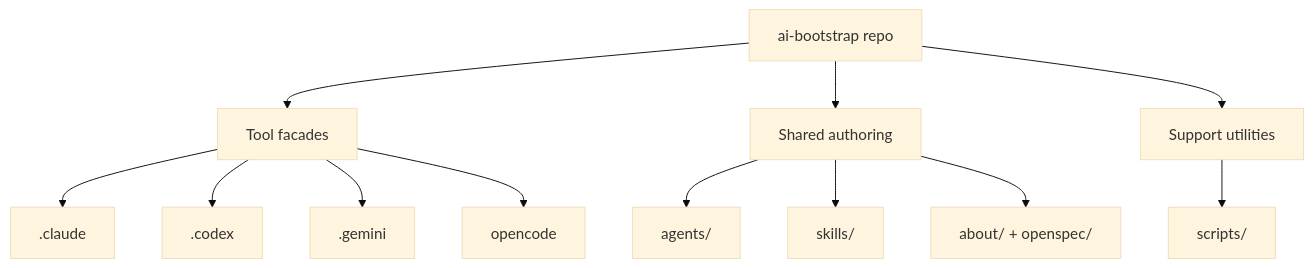
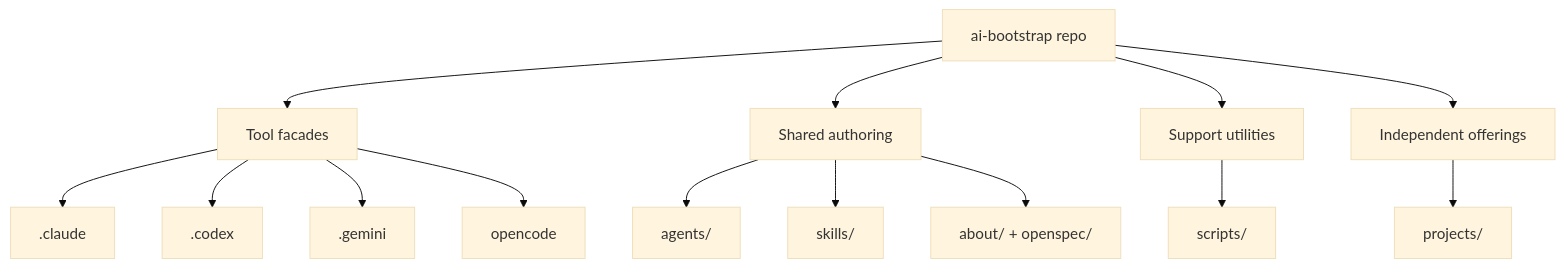
One commit to Tzeusy/ai-bootstrap changed the diagram in about/lay-and-land/components.md. Above: the diagram before and after it, drawn with Mermaid (base theme). The commit also changed other lines of this file and 4 other files, not shown here.

````diff
--- a/about/lay-and-land/components.md
+++ b/about/lay-and-land/components.md
@@ -5,15 +5,17 @@
 ```mermaid
 flowchart TD
     R[ai-bootstrap repo]
     R --> TF[Tool facades]
     R --> SH[Shared authoring]
     R --> SU[Support utilities]
+    R --> PO[Independent offerings]
     TF --> C[.claude]
     TF --> X[.codex]
     TF --> G[.gemini]
     TF --> O[opencode]
     SH --> A[agents/]
     SH --> S[skills/]
     SH --> D[about/ + openspec/]
     SU --> SC[scripts/]
+    PO --> P[projects/]
 ```
````
